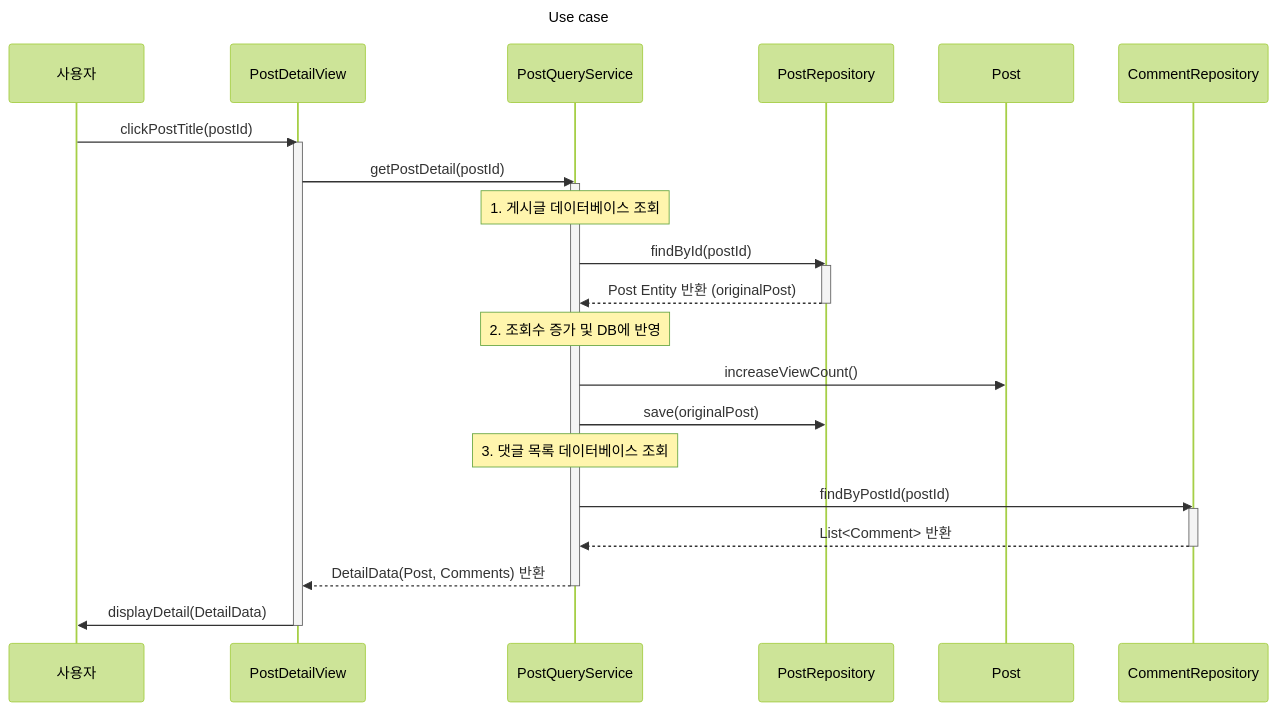
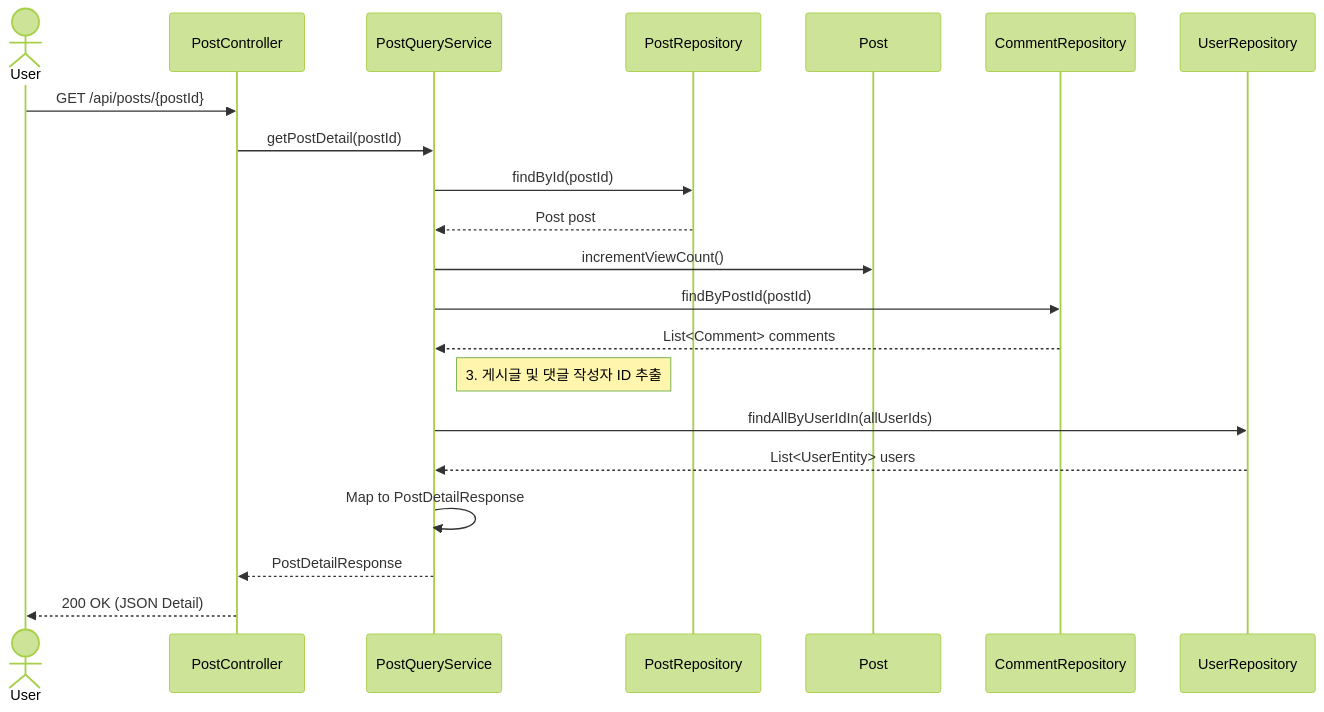
Before and after one commit to OHWCH/se_dev: diagram 36 of 47 in SDS_[깃라잡이].md, drawn with Mermaid (forest theme). The commit also changed other lines of this file, not shown here.

````diff
--- a/SDS_[깃라잡이].md
+++ b/SDS_[깃라잡이].md
@@ -5986,42 +5739,28 @@
 ```mermaid
 sequenceDiagram
-    participant User as 사용자
-    participant Boundary as PostDetailView
-    participant Control as PostQueryService
-    participant Repository_P as PostRepository
-    participant Entity_P as Post
-    participant Repository_C as CommentRepository
-    
-    Title: Use case #31: 게시글 상세 조회
-    
-    User->>Boundary: clickPostTitle(postId)
-    activate Boundary
-    
-    Boundary->>Control: getPostDetail(postId)
-    activate Control
-    
-    Note over Control: 1. 게시글 데이터베이스 조회
-    
-    Control->>Repository_P: findById(postId)
-    activate Repository_P
-    Repository_P-->>Control: Post Entity 반환 (originalPost)
-    deactivate Repository_P
-    
-    Note over Control: 2. 조회수 증가 및 DB에 반영
-    
-    Control->>Entity_P: increaseViewCount()
-    Control->>Repository_P: save(originalPost)
-    
-    Note over Control: 3. 댓글 목록 데이터베이스 조회
-    
-    Control->>Repository_C: findByPostId(postId)
-    activate Repository_C
-    Repository_C-->>Control: List<Comment> 반환
-    deactivate Repository_C
-    
-    Control-->>Boundary: DetailData(Post, Comments) 반환
-    deactivate Control
-    
-    Boundary->>User: displayDetail(DetailData)
-    deactivate Boundary
+    actor User
+    User ->> PostController: GET /api/posts/{postId}
+
+    PostController ->> PostQueryService: getPostDetail(postId)
+
+    %% 1. 게시글 조회 및 조회수 증가
+    PostQueryService ->> PostRepository: findById(postId)
+    PostRepository -->> PostQueryService: Post post
+    PostQueryService ->> Post: incrementViewCount()
+
+    %% 2. 댓글 목록 조회
+    PostQueryService ->> CommentRepository: findByPostId(postId)
+    CommentRepository -->> PostQueryService: List<Comment> comments
+
+    Note right of PostQueryService: 3. 게시글 및 댓글 작성자 ID 추출
+
+    %% 4. 작성자 GitHub ID 일괄 조회
+    PostQueryService ->> UserRepository: findAllByUserIdIn(allUserIds)
+    UserRepository -->> PostQueryService: List<UserEntity> users
+
+    %% 5. DTO 변환 및 취합
+    PostQueryService ->> PostQueryService: Map to PostDetailResponse
+    PostQueryService -->> PostController: PostDetailResponse
+
+    PostController -->> User: 200 OK (JSON Detail)
 ```
````
